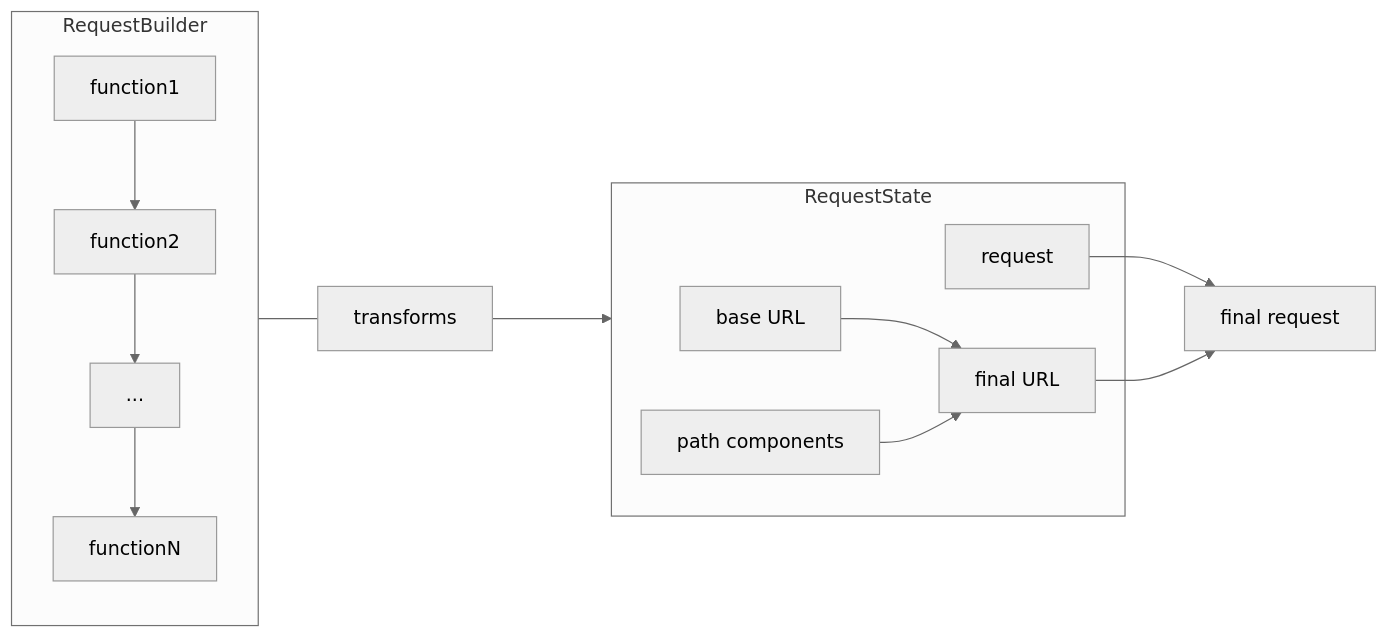
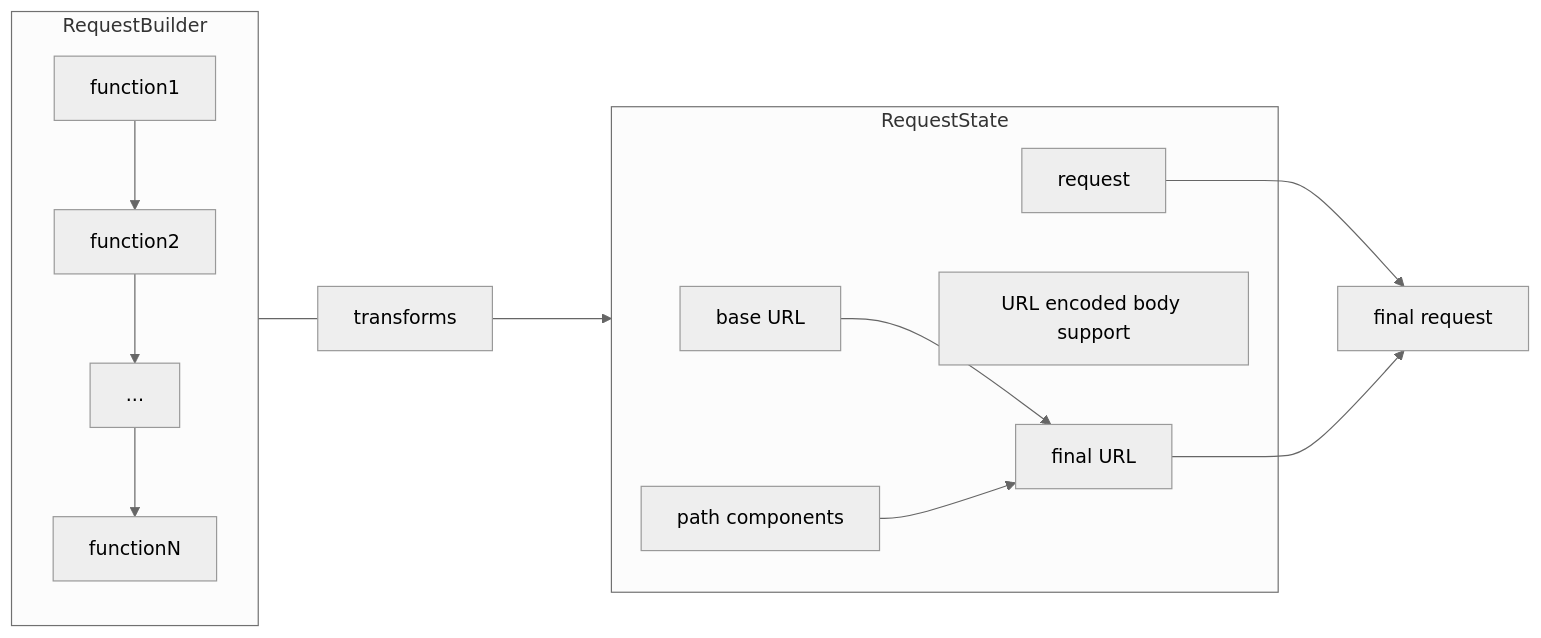
One commit to sisoje/declarative-requests-swift changed the diagram in README.md. Above: the diagram before and after it, drawn with Mermaid (neutral theme).

````diff
--- a/README.md
+++ b/README.md
@@ -6,22 +6,23 @@
 ```mermaid
 flowchart LR
 
     RequestBuilder --- transforms ---> RequestState
 
     subgraph RequestState
         baseUrl["base URL"]
         request
+        encodedBody["URL encoded body support"]
         path["path components"]
         baseUrl --> finalUrl["final URL"]
         path --> finalUrl
     end
  
     request --> FinalRequest["final request"]
     finalUrl --> FinalRequest
 
     subgraph RequestBuilder
         function1 --> function2
         function2 --> dots["..."]
         dots --> functionN
     end
 ```
````
